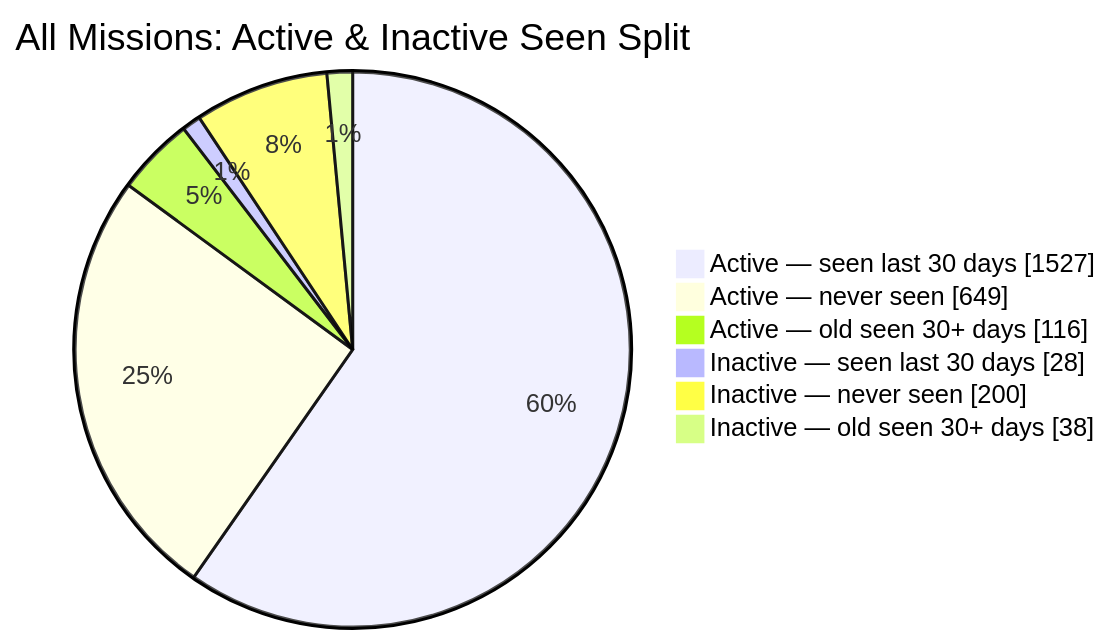
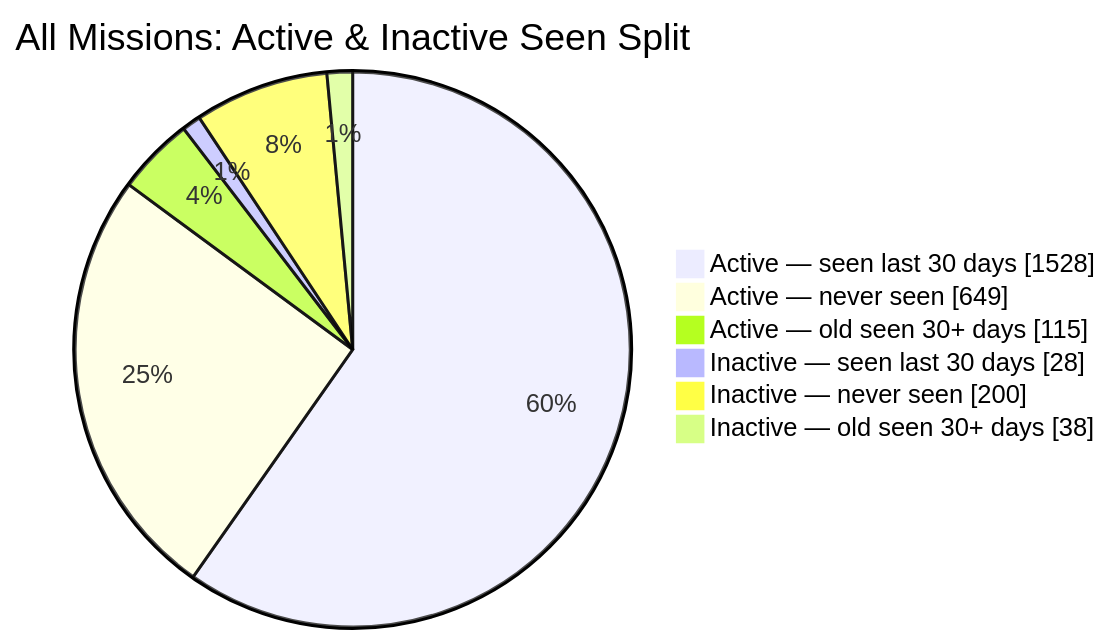
The second of 2 diagrams in README.md (MeldkamerspelGameTeam/active-missions), drawn with Mermaid before and after one commit. The commit also changed other lines of this file and 2 other files, not shown here.

````diff
--- a/README.md
+++ b/README.md
@@ -44,10 +44,10 @@
 ```mermaid
 pie showData
     title All Missions: Active & Inactive Seen Split
-    "Active — seen last 30 days" : 1527
+    "Active — seen last 30 days" : 1528
     "Active — never seen" : 649
-    "Active — old seen 30+ days" : 116
+    "Active — old seen 30+ days" : 115
     "Inactive — seen last 30 days" : 28
     "Inactive — never seen" : 200
     "Inactive — old seen 30+ days" : 38
 ```
````
